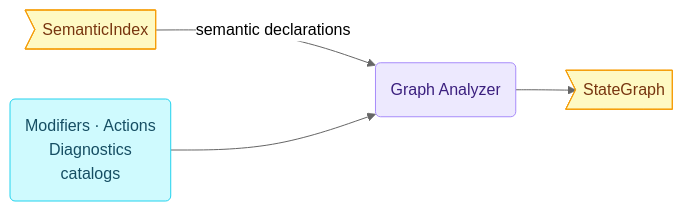
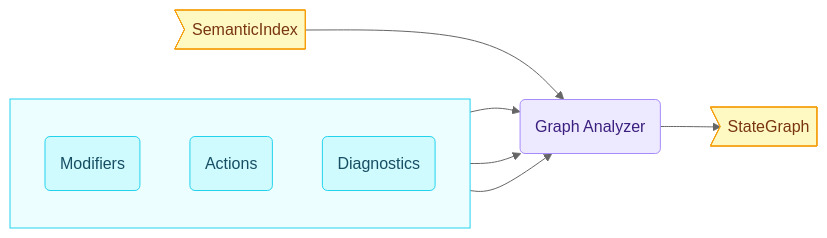
The fifth of 10 diagrams in docs/compiler-and-runtime-design.md (sfalik/Precept), drawn with Mermaid (neutral theme) before and after one commit. The commit also changed other lines of this file, not shown here.

First line of the commit message:
docs: expand per-stage pipeline diagrams with individual catalog nodes

````diff
--- a/docs/compiler-and-runtime-design.md
+++ b/docs/compiler-and-runtime-design.md
@@ -546,16 +585,26 @@
 ```mermaid
 flowchart LR
     classDef input   fill:#dbeafe,stroke:#60a5fa,color:#1e3a5f
     classDef catalog fill:#cffafe,stroke:#22d3ee,color:#164e63
     classDef stage   fill:#ede9fe,stroke:#a78bfa,color:#3b1f7e
     classDef out     fill:#fef9c3,stroke:#f59e0b,color:#78350f
 
     TM>"SemanticIndex"]:::out
-    CAT("Modifiers · Actions<br/>Diagnostics<br/>catalogs"):::catalog
     GA(Graph Analyzer):::stage
     OUT>"StateGraph"]:::out
 
-    TM -->|"semantic declarations"| GA
-    CAT --> GA
+    subgraph CATS[" "]
+        direction TB
+        CMOD("Modifiers"):::catalog
+        CACT("Actions"):::catalog
+        CDIA("Diagnostics"):::catalog
+    end
+
+    style CATS fill:#ecfeff,stroke:#22d3ee,color:#164e63
+
+    TM --> GA
+    CMOD --> GA
+    CACT --> GA
+    CDIA --> GA
     GA --> OUT
 ```
````
